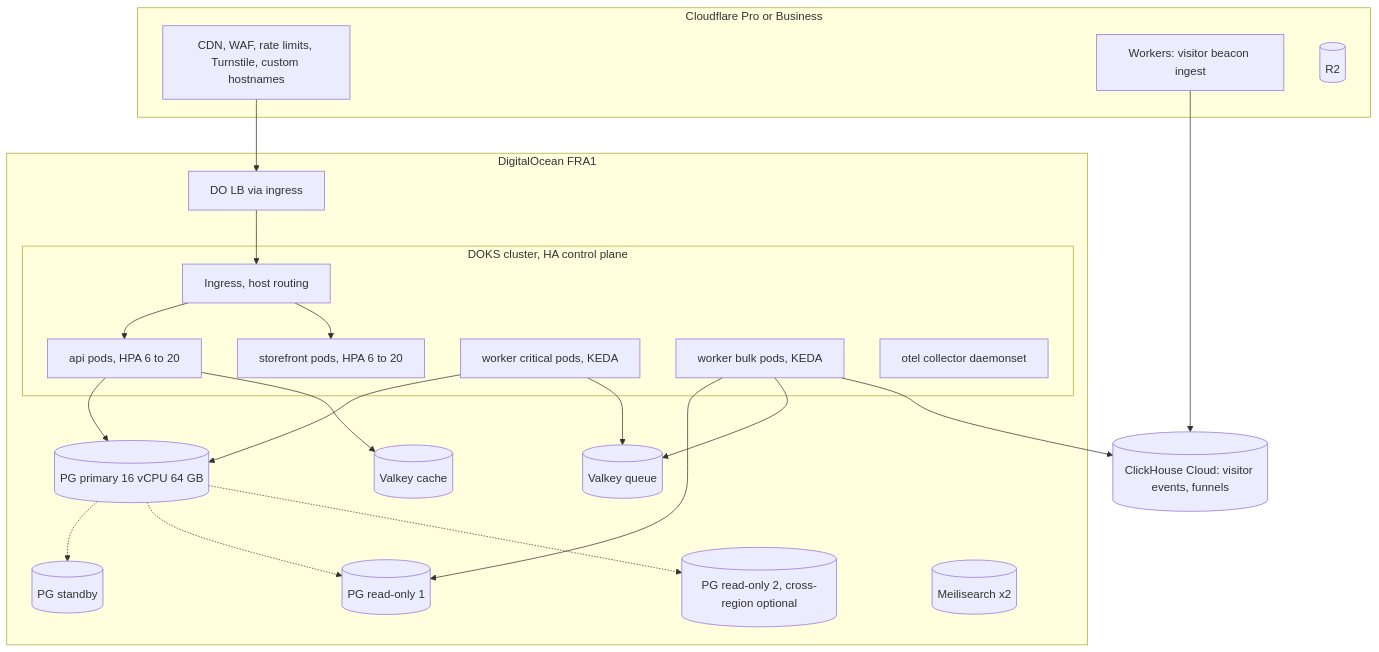
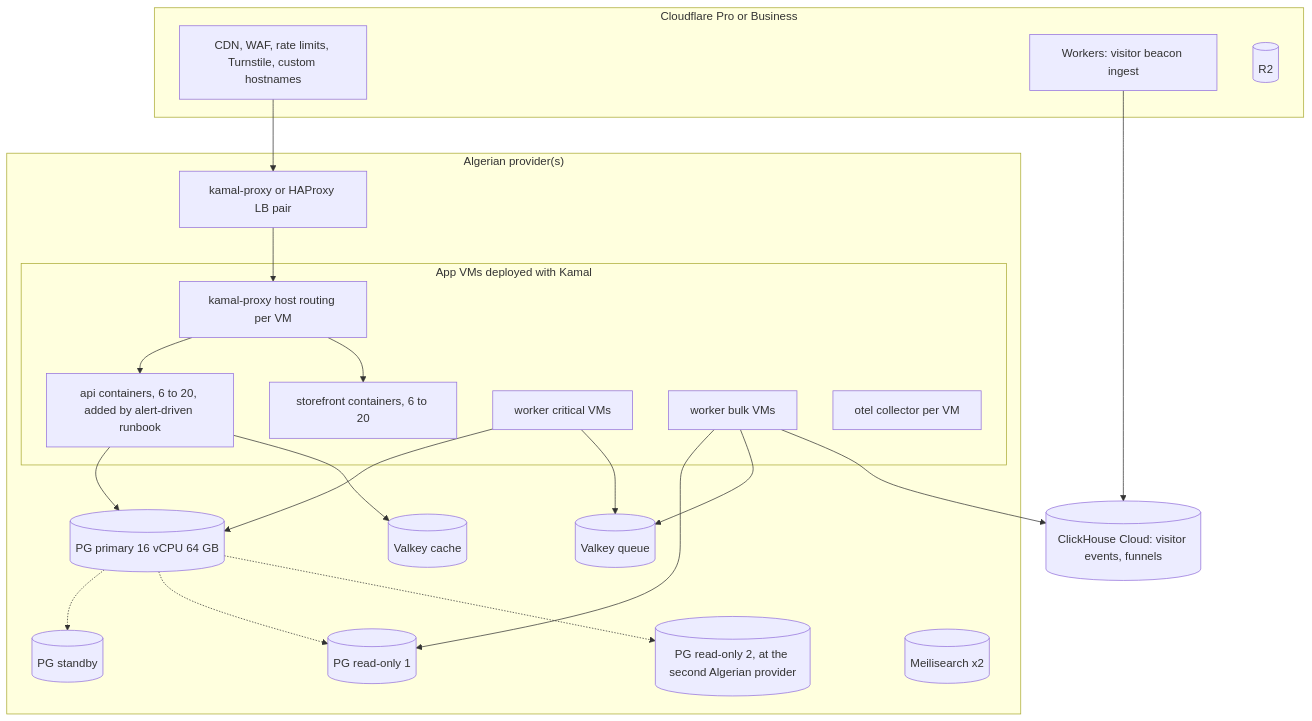
One commit to ChematWalid/cod-commerce changed the third of 3 diagrams in docs/architecture/infrastructure.md. Above: the diagram before and after it, drawn with Mermaid. The commit also changed other lines of this file and 21 other files, not shown here.

Commit message:
docs(roadmap): apply accepted ADRs to briefs and architecture docs (#77)

````diff
--- a/docs/architecture/infrastructure.md
+++ b/docs/architecture/infrastructure.md
@@ -125,41 +117,41 @@
 ```mermaid
 flowchart TB
   subgraph Edge["Cloudflare Pro or Business"]
     CDN["CDN, WAF, rate limits, Turnstile, custom hostnames"]
     CFW["Workers: visitor beacon ingest"]
     R2[("R2")]
   end
-  subgraph FRA1["DigitalOcean FRA1"]
-    LB["DO LB via ingress"]
-    subgraph K8S["DOKS cluster, HA control plane"]
-      ING["Ingress, host routing"]
-      APIP["api pods, HPA 6 to 20"]
-      SFP["storefront pods, HPA 6 to 20"]
-      WCP["worker critical pods, KEDA"]
-      WBP["worker bulk pods, KEDA"]
-      OTC["otel collector daemonset"]
+  subgraph DZ["Algerian provider(s)"]
+    LB["kamal-proxy or HAProxy LB pair"]
+    subgraph VMS["App VMs deployed with Kamal"]
+      ING["kamal-proxy host routing per VM"]
+      APIP["api containers, 6 to 20, added by alert-driven runbook"]
+      SFP["storefront containers, 6 to 20"]
+      WCP["worker critical VMs"]
+      WBP["worker bulk VMs"]
+      OTC["otel collector per VM"]
     end
     PGP[("PG primary 16 vCPU 64 GB")]
     PGS[("PG standby")]
     PGR1[("PG read-only 1")]
-    PGR2[("PG read-only 2, cross-region optional")]
+    PGR2[("PG read-only 2, at the second Algerian provider")]
     VQ[("Valkey queue")]
     VC[("Valkey cache")]
     MS[("Meilisearch x2")]
   end
   CH[("ClickHouse Cloud: visitor events, funnels")]
   CDN --> LB --> ING
   ING --> APIP
   ING --> SFP
   CFW --> CH
   APIP --> PGP
   WCP --> PGP
   WBP --> PGR1
   APIP --> VC
   WCP --> VQ
   WBP --> VQ
   WBP --> CH
   PGP -.-> PGS
   PGP -.-> PGR1
   PGP -.-> PGR2
 ```
````
